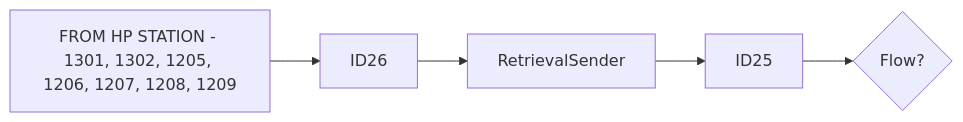
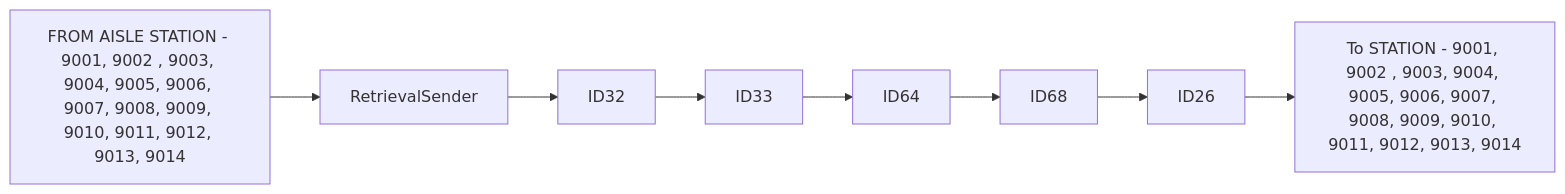
Before and after one commit to luthfiadityaa/SimeDarby-Wiki: the diagram in Basic-Design/DFD-WMS/Retrieval/Unplanned-Retrieval-from-HP-Area.md, drawn with Mermaid. The commit also changed other lines of this file, not shown here.

Commit message:
Updated Unplanned Retrieval from HP Area

```diff
--- a/Basic-Design/DFD-WMS/Retrieval/Unplanned-Retrieval-from-HP-Area.md
+++ b/Basic-Design/DFD-WMS/Retrieval/Unplanned-Retrieval-from-HP-Area.md
@@ -6,5 +5,5 @@
 ::: mermaid
 flowchart LR
   
-P1[FROM HP STATION - 1301, 1302, 1205, 1206, 1207, 1208, 1209]-->P2[ID26]-->P3[RetrievalSender]-->P4[ID25]-->Cond1{Flow?} 
+P1[FROM AISLE STATION - 9001, 9002 , 9003, 9004, 9005, 9006, 9007, 9008, 9009, 9010, 9011, 9012, 9013, 9014]-->P2[RetrievalSender]-->P3[ID32]-->P4[ID33]-->P5[ID64]-->P6[ID68]-->P7[ID26]-->P8[To STATION - 9001, 9002 , 9003, 9004, 9005, 9006, 9007, 9008, 9009, 9010, 9011, 9012, 9013, 9014] 
 :::
```
